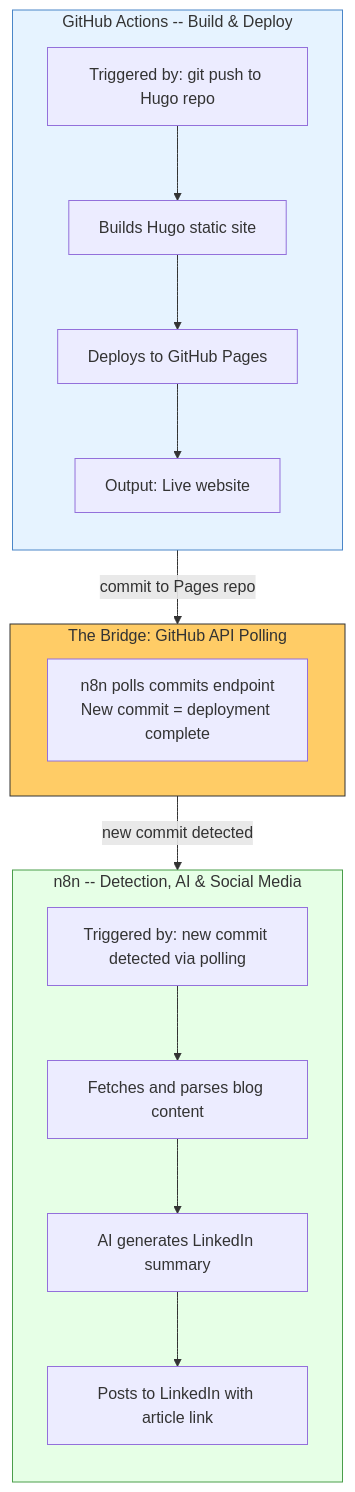
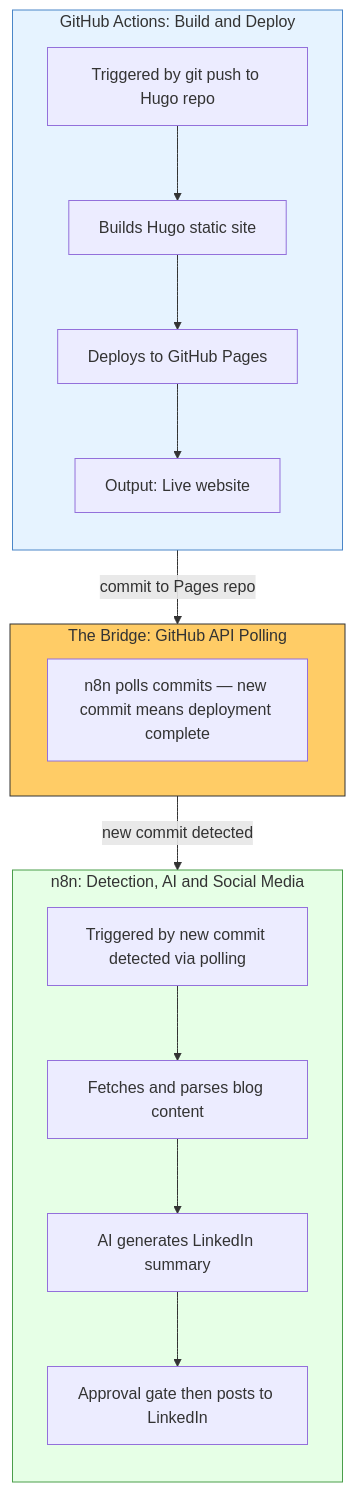
One commit to thatsmeadarsh/n8n-powered-auto-web-publish changed the fifth of 6 diagrams in docs/architecture.md. Above: the diagram before and after it, drawn with Mermaid. The commit also changed other lines of this file, not shown here.

First line of the commit message:
Fix all diagram rendering issues in architecture.md

````diff
--- a/docs/architecture.md
+++ b/docs/architecture.md
@@ -326,31 +287,31 @@
 ```mermaid
 graph TB
     subgraph Bridge["The Bridge: GitHub API Polling"]
-        FW["n8n polls commits endpoint<br/>New commit = deployment complete"]
+        FW["n8n polls commits — new commit means deployment complete"]
     end
 
-    subgraph GitHubActions["GitHub Actions -- Build & Deploy"]
+    subgraph GitHubActions["GitHub Actions: Build and Deploy"]
         direction TB
-        GA1["Triggered by: git push to Hugo repo"]
+        GA1["Triggered by git push to Hugo repo"]
         GA2["Builds Hugo static site"]
         GA3["Deploys to GitHub Pages"]
         GA4["Output: Live website"]
         GA1 --> GA2 --> GA3 --> GA4
     end
 
-    subgraph n8nWorkflow["n8n -- Detection, AI & Social Media"]
+    subgraph n8nWorkflow["n8n: Detection, AI and Social Media"]
         direction TB
-        N1["Triggered by: new commit detected via polling"]
+        N1["Triggered by new commit detected via polling"]
         N2["Fetches and parses blog content"]
         N3["AI generates LinkedIn summary"]
-        N4["Posts to LinkedIn with article link"]
+        N4["Approval gate then posts to LinkedIn"]
         N1 --> N2 --> N3 --> N4
     end
 
     GitHubActions -->|"commit to Pages repo"| Bridge
     Bridge -->|"new commit detected"| n8nWorkflow
 
     style Bridge fill:#ffcc66,stroke:#333
     style GitHubActions fill:#e6f3ff,stroke:#4a86c8
     style n8nWorkflow fill:#e6ffe6,stroke:#4a9e4a
 ```
````
